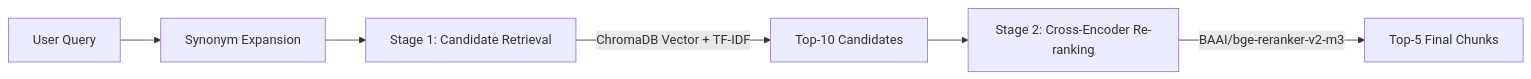
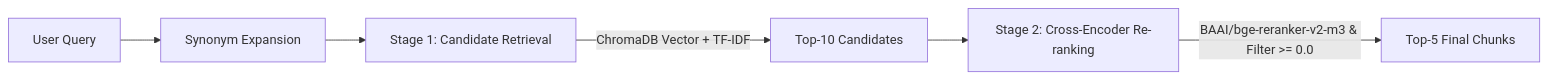
Before and after one commit to Name-RT/AI_engineer_Test_BBL: the second of 2 diagrams in explain_sys.md, drawn with Mermaid. The commit also changed other lines of this file and 5 other files, not shown here.

Commit message:
feat(reranker): add Level 1 min_chunk_score filter and set relevance_threshold to 0.15

````diff
--- a/explain_sys.md
+++ b/explain_sys.md
@@ -91,8 +91,8 @@
 ```mermaid
 graph LR
     Query[User Query] --> Synonyms[Synonym Expansion]
     Synonyms --> Stage1[Stage 1: Candidate Retrieval]
     Stage1 --> |ChromaDB Vector + TF-IDF| Candidates[Top-10 Candidates]
     Candidates --> Stage2[Stage 2: Cross-Encoder Re-ranking]
-    Stage2 --> |BAAI/bge-reranker-v2-m3| Ranked[Top-5 Final Chunks]
+    Stage2 --> |BAAI/bge-reranker-v2-m3 & Filter >= 0.0| Ranked[Top-5 Final Chunks]
 ```
````
